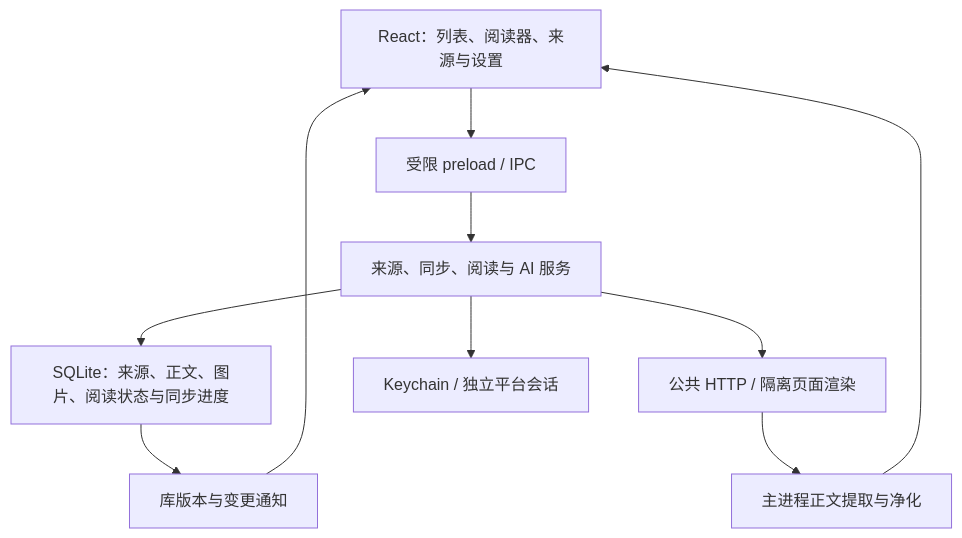
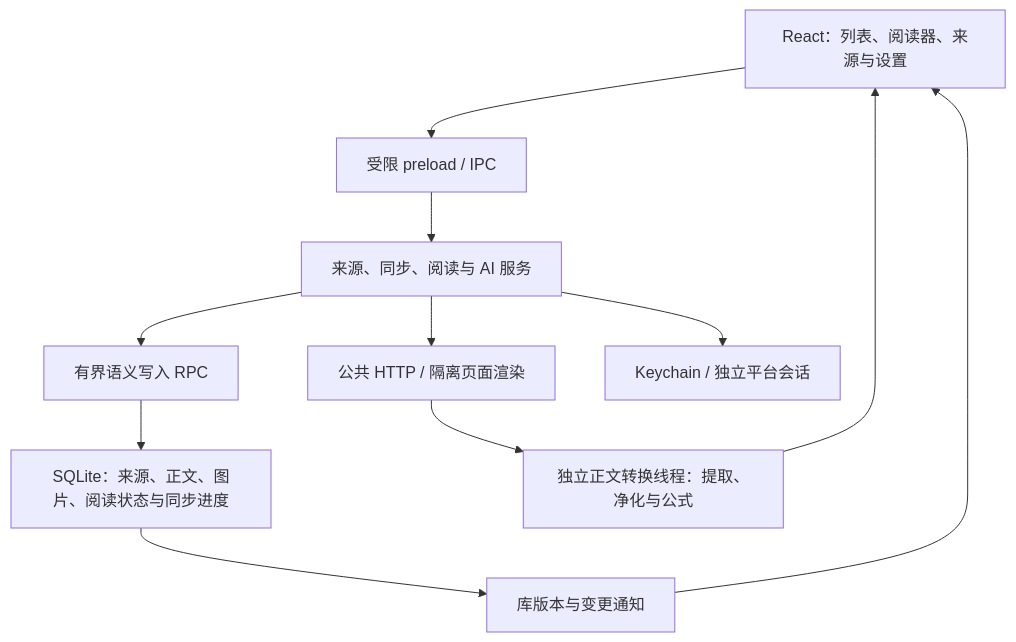
The diagram in docs/architecture.md (zeract/reading-hub), drawn with Mermaid before and after one commit. The commit also changed other lines of this file and 83 other files, not shown here.

First line of the commit message:
perf: isolate reader conversion and serialize library writes

````diff
--- a/docs/architecture.md
+++ b/docs/architecture.md
@@ -7,12 +7,13 @@
 ```mermaid
 flowchart TD
   UI[React：列表、阅读器、来源与设置] --> Bridge[受限 preload / IPC]
   Bridge --> Services[来源、同步、阅读与 AI 服务]
-  Services --> DB[SQLite：来源、正文、图片、阅读状态与同步进度]
+  Services --> Writes[有界语义写入 RPC]
+  Writes --> DB[SQLite：来源、正文、图片、阅读状态与同步进度]
   Services --> Network[公共 HTTP / 隔离页面渲染]
   Services --> Secrets[Keychain / 独立平台会话]
-  Network --> Reader[主进程正文提取与净化]
+  Network --> Reader[独立正文转换线程：提取、净化与公式]
   Reader --> UI
   DB --> Changes[库版本与变更通知]
   Changes --> UI
 ```
````
